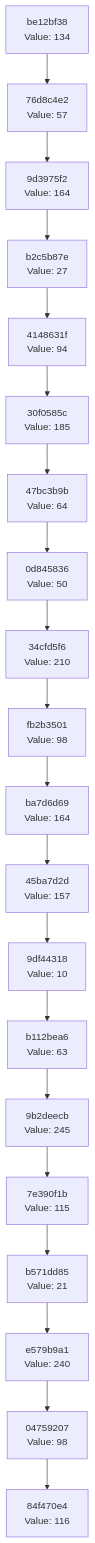
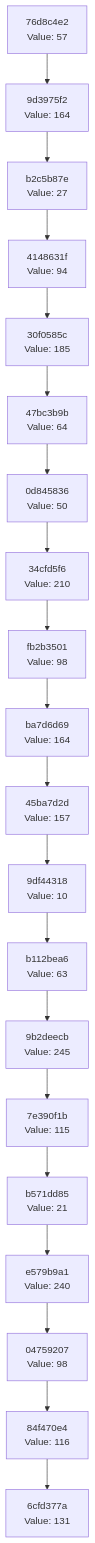
Before and after one commit to Abhisheksinha1506/hash-chain-evolver: the diagram in docs/CHAIN_VISUALIZATION.md, drawn with Mermaid. The commit also changed 2 other files, not shown here.

Commit message:
Evolution step: hash 0x83 → action executed

````diff
--- a/docs/CHAIN_VISUALIZATION.md
+++ b/docs/CHAIN_VISUALIZATION.md
@@ -3,42 +3,42 @@
 ```mermaid
 graph TD
-    C0["84f470e4<br/>Value: 116"]
-    C1["04759207<br/>Value: 98"]
+    C0["6cfd377a<br/>Value: 131"]
+    C1["84f470e4<br/>Value: 116"]
     C1 --> C0
-    C2["e579b9a1<br/>Value: 240"]
+    C2["04759207<br/>Value: 98"]
     C2 --> C1
-    C3["b571dd85<br/>Value: 21"]
+    C3["e579b9a1<br/>Value: 240"]
     C3 --> C2
-    C4["7e390f1b<br/>Value: 115"]
+    C4["b571dd85<br/>Value: 21"]
     C4 --> C3
-    C5["9b2deecb<br/>Value: 245"]
+    C5["7e390f1b<br/>Value: 115"]
     C5 --> C4
-    C6["b112bea6<br/>Value: 63"]
+    C6["9b2deecb<br/>Value: 245"]
     C6 --> C5
-    C7["9df44318<br/>Value: 10"]
+    C7["b112bea6<br/>Value: 63"]
     C7 --> C6
-    C8["45ba7d2d<br/>Value: 157"]
+    C8["9df44318<br/>Value: 10"]
     C8 --> C7
-    C9["ba7d6d69<br/>Value: 164"]
+    C9["45ba7d2d<br/>Value: 157"]
     C9 --> C8
-    C10["fb2b3501<br/>Value: 98"]
+    C10["ba7d6d69<br/>Value: 164"]
     C10 --> C9
-    C11["34cfd5f6<br/>Value: 210"]
+    C11["fb2b3501<br/>Value: 98"]
     C11 --> C10
-    C12["0d845836<br/>Value: 50"]
+    C12["34cfd5f6<br/>Value: 210"]
     C12 --> C11
-    C13["47bc3b9b<br/>Value: 64"]
+    C13["0d845836<br/>Value: 50"]
     C13 --> C12
-    C14["30f0585c<br/>Value: 185"]
+    C14["47bc3b9b<br/>Value: 64"]
     C14 --> C13
-    C15["4148631f<br/>Value: 94"]
+    C15["30f0585c<br/>Value: 185"]
     C15 --> C14
-    C16["b2c5b87e<br/>Value: 27"]
+    C16["4148631f<br/>Value: 94"]
     C16 --> C15
-    C17["9d3975f2<br/>Value: 164"]
+    C17["b2c5b87e<br/>Value: 27"]
     C17 --> C16
-    C18["76d8c4e2<br/>Value: 57"]
+    C18["9d3975f2<br/>Value: 164"]
     C18 --> C17
-    C19["be12bf38<br/>Value: 134"]
+    C19["76d8c4e2<br/>Value: 57"]
     C19 --> C18
 ```
````
